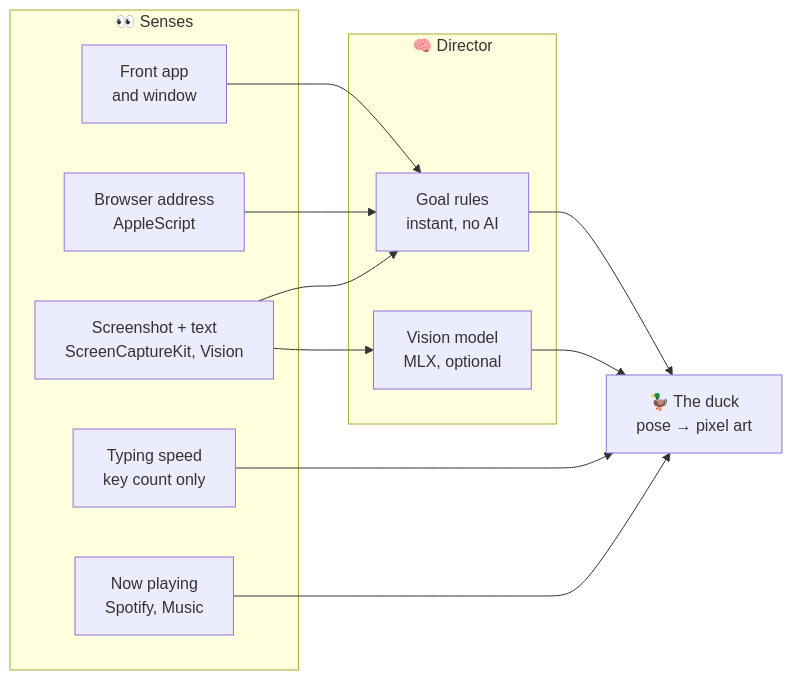
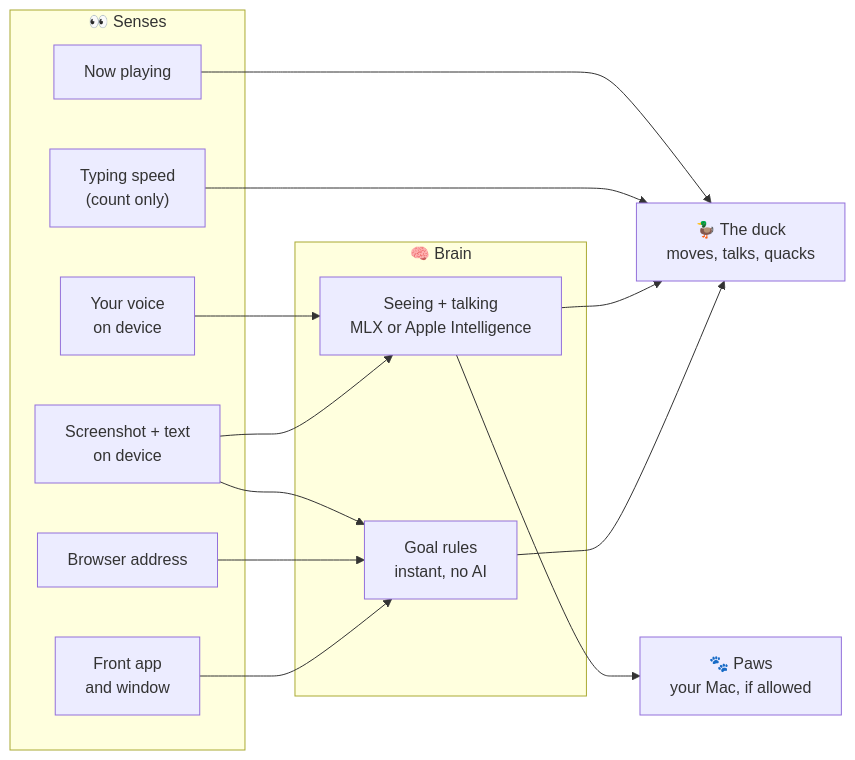
Before and after one commit to Pallepadehat/QuackieChan: the diagram in README.md, drawn with Mermaid. The commit also changed other lines of this file and 14 other files, not shown here.

````diff
--- a/README.md
+++ b/README.md
@@ -114,26 +187,30 @@
 ```mermaid
 flowchart LR
     subgraph senses["👀 Senses"]
         app["Front app<br/>and window"]
-        url["Browser address<br/>AppleScript"]
-        ocr["Screenshot + text<br/>ScreenCaptureKit, Vision"]
-        keys["Typing speed<br/>key count only"]
-        music["Now playing<br/>Spotify, Music"]
+        url["Browser address"]
+        ocr["Screenshot + text<br/>on device"]
+        keys["Typing speed<br/>(count only)"]
+        music["Now playing"]
+        ears["Your voice<br/>on device"]
     end
 
-    subgraph brain["🧠 Director"]
+    subgraph brain["🧠 Brain"]
         rules["Goal rules<br/>instant, no AI"]
-        vlm["Vision model<br/>MLX, optional"]
+        minds["Seeing + talking<br/>MLX or Apple Intelligence"]
     end
 
-    duck["🦆 The duck<br/>pose → pixel art"]
+    duck["🦆 The duck<br/>moves, talks, quacks"]
+    paws["🐾 Paws<br/>your Mac, if allowed"]
 
     app --> rules
     url --> rules
     ocr --> rules
-    ocr --> vlm
+    ocr --> minds
+    ears --> minds
     rules --> duck
-    vlm --> duck
+    minds --> duck
+    minds --> paws
     keys --> duck
     music --> duck
 ```
````
